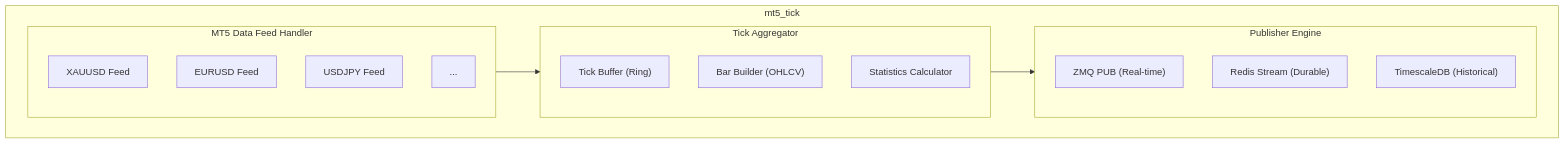
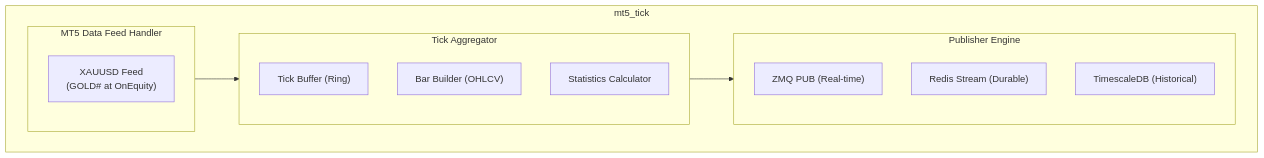
The first of 2 diagrams in docs/repositories/mt5_tick.md (blackholefund/external_docs), drawn with Mermaid before and after one commit. The commit also changed other lines of this file and 17 other files, not shown here.

````diff
--- a/docs/repositories/mt5_tick.md
+++ b/docs/repositories/mt5_tick.md
@@ -19,26 +19,23 @@
 ```mermaid
 flowchart TB
     subgraph mt5Tick["mt5_tick"]
         subgraph feedHandler["MT5 Data Feed Handler"]
-            XAUUSD["XAUUSD Feed"]
-            EURUSD["EURUSD Feed"]
-            USDJPY["USDJPY Feed"]
-            etc["..."]
+            XAUUSD["XAUUSD Feed\n(GOLD# at OnEquity)"]
         end
 
         subgraph aggregator["Tick Aggregator"]
             TickBuffer["Tick Buffer (Ring)"]
             BarBuilder["Bar Builder (OHLCV)"]
             StatsCalc["Statistics Calculator"]
         end
 
         subgraph publisher["Publisher Engine"]
             ZMQPUB["ZMQ PUB (Real-time)"]
             RedisStream["Redis Stream (Durable)"]
             TimescaleDB["TimescaleDB (Historical)"]
         end
 
         feedHandler --> aggregator
         aggregator --> publisher
     end
 ```
````
